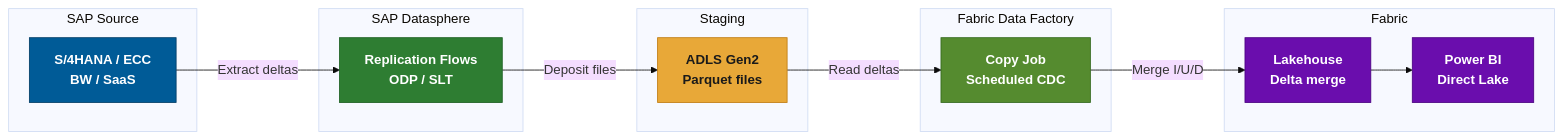
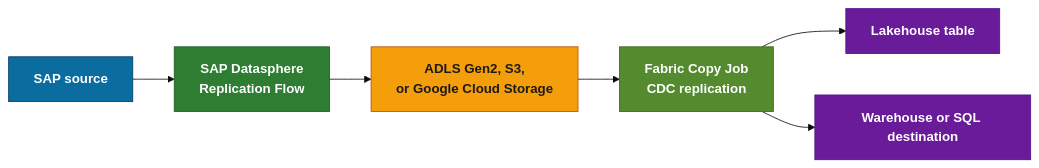
Before and after one commit to fredgis/fabric-foundry-kb: the fourth of 10 diagrams in markdown/SAP_Fabric_Connectivity.md, drawn with Mermaid (base theme). The commit also changed other lines of this file and 6 other files, not shown here.

Commit message:
Audit and refresh SAP Fabric connectivity guide

````diff
--- a/markdown/SAP_Fabric_Connectivity.md
+++ b/markdown/SAP_Fabric_Connectivity.md
@@ -270,37 +382,20 @@
 ```mermaid
-graph LR
-    subgraph SAP["SAP Source"]
-        A[S/4HANA / ECC<br/>BW / SaaS]
-    end
-    subgraph DS["SAP Datasphere"]
-        B[Replication Flows<br/>ODP / SLT]
-    end
-    subgraph Stage["Staging"]
-        C[ADLS Gen2<br/>Parquet files]
-    end
-    subgraph DF["Fabric Data Factory"]
-        D[Copy Job<br/>Scheduled CDC]
-    end
-    subgraph Dest["Fabric"]
-        E[Lakehouse<br/>Delta merge]
-        F[Power BI<br/>Direct Lake]
-    end
+flowchart LR
+    SAP["SAP source"] --> DS["SAP Datasphere<br/>Replication Flow"]
+    DS --> STAGE["ADLS Gen2, S3,<br/>or Google Cloud Storage"]
+    STAGE --> CJ["Fabric Copy Job<br/>CDC replication"]
+    CJ --> LH["Lakehouse table"]
+    CJ --> WH["Warehouse or SQL destination"]
 
-    A -->|Extract deltas| B
-    B -->|Deposit files| C
-    C -->|Read deltas| D
-    D -->|Merge I/U/D| E
-    E --> F
+    classDef sap fill:#0B6CA0,stroke:#003D66,color:#ffffff,font-weight:bold
+    classDef ds fill:#2E7D32,stroke:#1B5E20,color:#ffffff,font-weight:bold
+    classDef stage fill:#F59E0B,stroke:#B45309,color:#1a1a1a,font-weight:bold
+    classDef copy fill:#558B2F,stroke:#33691E,color:#ffffff,font-weight:bold
+    classDef dest fill:#6A1B9A,stroke:#4A148C,color:#ffffff,font-weight:bold
 
-    classDef sapStyle fill:#005B97,stroke:#003D66,color:#ffffff,font-weight:bold
-    classDef dsStyle fill:#2E7D32,stroke:#1B5E20,color:#ffffff,font-weight:bold
-    classDef stageStyle fill:#E8A838,stroke:#C07C10,color:#1a1a1a,font-weight:bold
-    classDef dfStyle fill:#558B2F,stroke:#33691E,color:#ffffff,font-weight:bold
-    classDef destStyle fill:#6A0DAD,stroke:#4A0080,color:#ffffff,font-weight:bold
-
-    class A sapStyle
-    class B dsStyle
-    class C stageStyle
-    class D dfStyle
-    class E,F destStyle
+    class SAP sap
+    class DS ds
+    class STAGE stage
+    class CJ copy
+    class LH,WH dest
 ```
````
